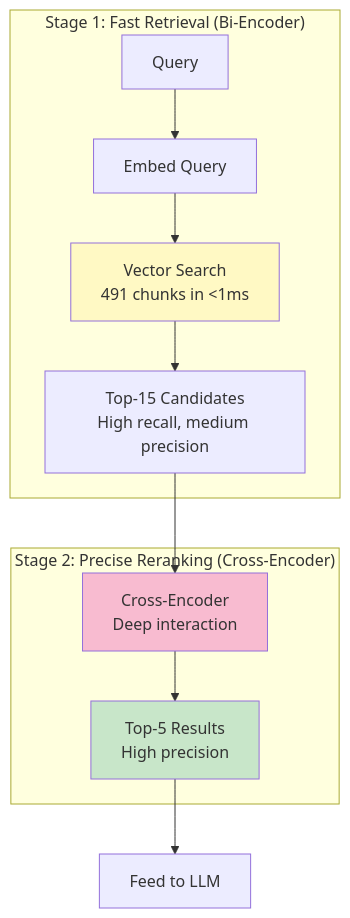
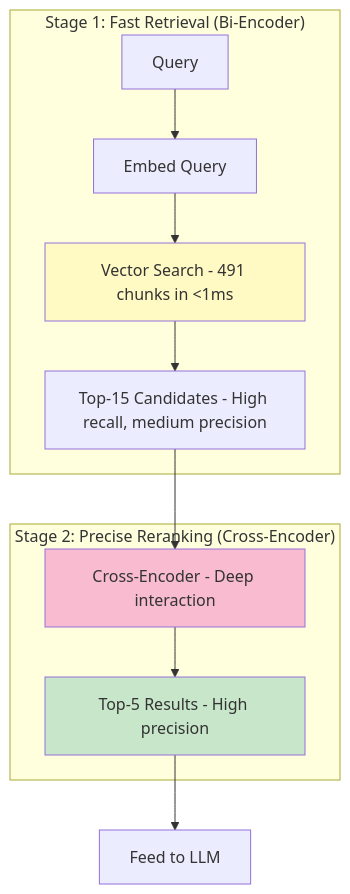
One commit to indhra/llm_rag_sec_findings changed the first of 7 diagrams in docs/learning/05-reranking-retrieval.md. Above: the diagram before and after it, drawn with Mermaid. The commit also changed other lines of this file and 9 other files, not shown here.

````diff
--- a/docs/learning/05-reranking-retrieval.md
+++ b/docs/learning/05-reranking-retrieval.md
@@ -22,19 +22,19 @@
 ```mermaid
 graph TB
     subgraph "Stage 1: Fast Retrieval (Bi-Encoder)"
         Q[Query] --> E1[Embed Query]
-        E1 --> S[Vector Search<br/>491 chunks in <1ms]
-        S --> R1[Top-15 Candidates<br/>High recall, medium precision]
+        E1 --> S[Vector Search - 491 chunks in <1ms]
+        S --> R1[Top-15 Candidates - High recall, medium precision]
     end
     
     subgraph "Stage 2: Precise Reranking (Cross-Encoder)"
-        R1 --> CE[Cross-Encoder<br/>Deep interaction]
-        CE --> R2[Top-5 Results<br/>High precision]
+        R1 --> CE[Cross-Encoder - Deep interaction]
+        CE --> R2[Top-5 Results - High precision]
     end
     
     R2 --> LLM[Feed to LLM]
     
     style S fill:#fff9c4
     style CE fill:#f8bbd0
     style R2 fill:#c8e6c9
 ```
````
